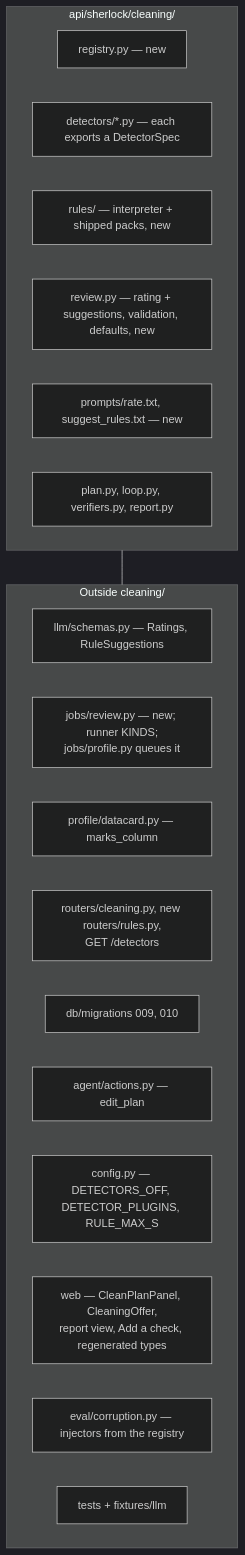
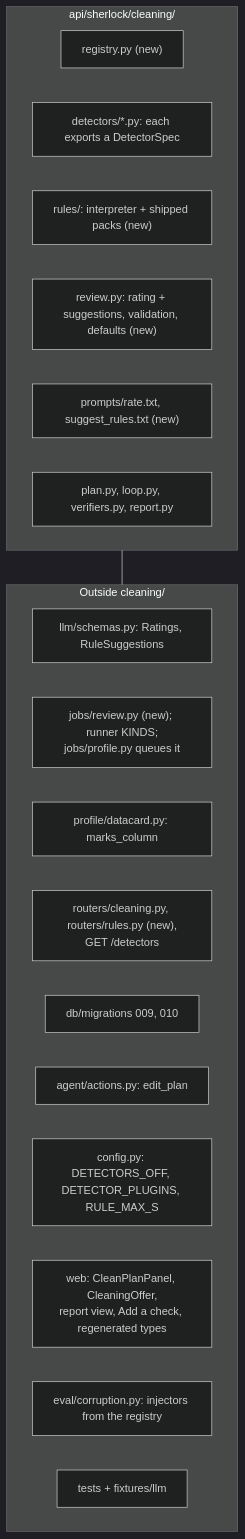
Before and after one commit to n1mk1/sherlock: diagram 15 of 16 in docs/plans/cleaner-detectors-and-severity.md, drawn with Mermaid (dark theme). The commit also changed other lines of this file, not shown here.

````diff
--- a/docs/plans/cleaner-detectors-and-severity.md
+++ b/docs/plans/cleaner-detectors-and-severity.md
@@ -504,24 +762,24 @@
 ```mermaid
 flowchart TB
     subgraph IN["api/sherlock/cleaning/"]
-        c1[registry.py — new]
-        c2[detectors/*.py — each exports a DetectorSpec]
-        c3[rules/ — interpreter + shipped packs, new]
-        c4[review.py — rating + suggestions, validation, defaults, new]
-        c5[prompts/rate.txt, suggest_rules.txt — new]
-        c6[plan.py, loop.py, verifiers.py, report.py]
+        c1["registry.py (new)"]
+        c2["detectors/*.py: each exports a DetectorSpec"]
+        c3["rules/: interpreter + shipped packs (new)"]
+        c4["review.py: rating + suggestions, validation, defaults (new)"]
+        c5["prompts/rate.txt, suggest_rules.txt (new)"]
+        c6["plan.py, loop.py, verifiers.py, report.py"]
     end
     subgraph OUT["Outside cleaning/"]
-        o1[llm/schemas.py — Ratings, RuleSuggestions]
-        o2[jobs/review.py — new; runner KINDS;<br/>jobs/profile.py queues it]
-        o3[profile/datacard.py — marks_column]
-        o4[routers/cleaning.py, new routers/rules.py,<br/>GET /detectors]
-        o5[db/migrations 009, 010]
-        o6[agent/actions.py — edit_plan]
-        o7[config.py — DETECTORS_OFF, DETECTOR_PLUGINS, RULE_MAX_S]
-        o8[web — CleanPlanPanel, CleaningOffer,<br/>report view, Add a check, regenerated types]
-        o9[eval/corruption.py — injectors from the registry]
-        o10[tests + fixtures/llm]
+        o1["llm/schemas.py: Ratings, RuleSuggestions"]
+        o2["jobs/review.py (new); runner KINDS;<br/>jobs/profile.py queues it"]
+        o3["profile/datacard.py: marks_column"]
+        o4["routers/cleaning.py, routers/rules.py (new),<br/>GET /detectors"]
+        o5["db/migrations 009, 010"]
+        o6["agent/actions.py: edit_plan"]
+        o7["config.py: DETECTORS_OFF, DETECTOR_PLUGINS, RULE_MAX_S"]
+        o8["web: CleanPlanPanel, CleaningOffer,<br/>report view, Add a check, regenerated types"]
+        o9["eval/corruption.py: injectors from the registry"]
+        o10["tests + fixtures/llm"]
     end
     IN --- OUT
 ```
````
